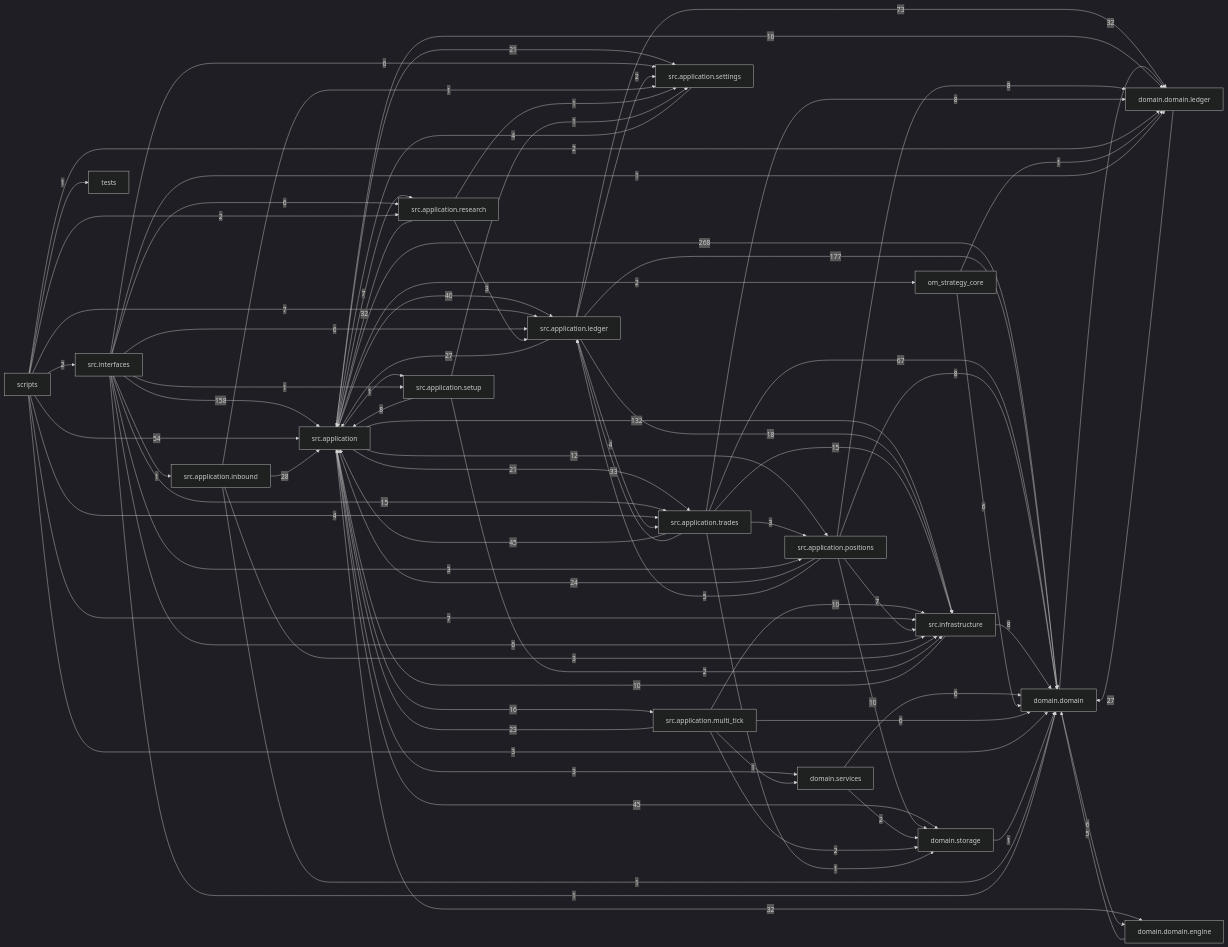
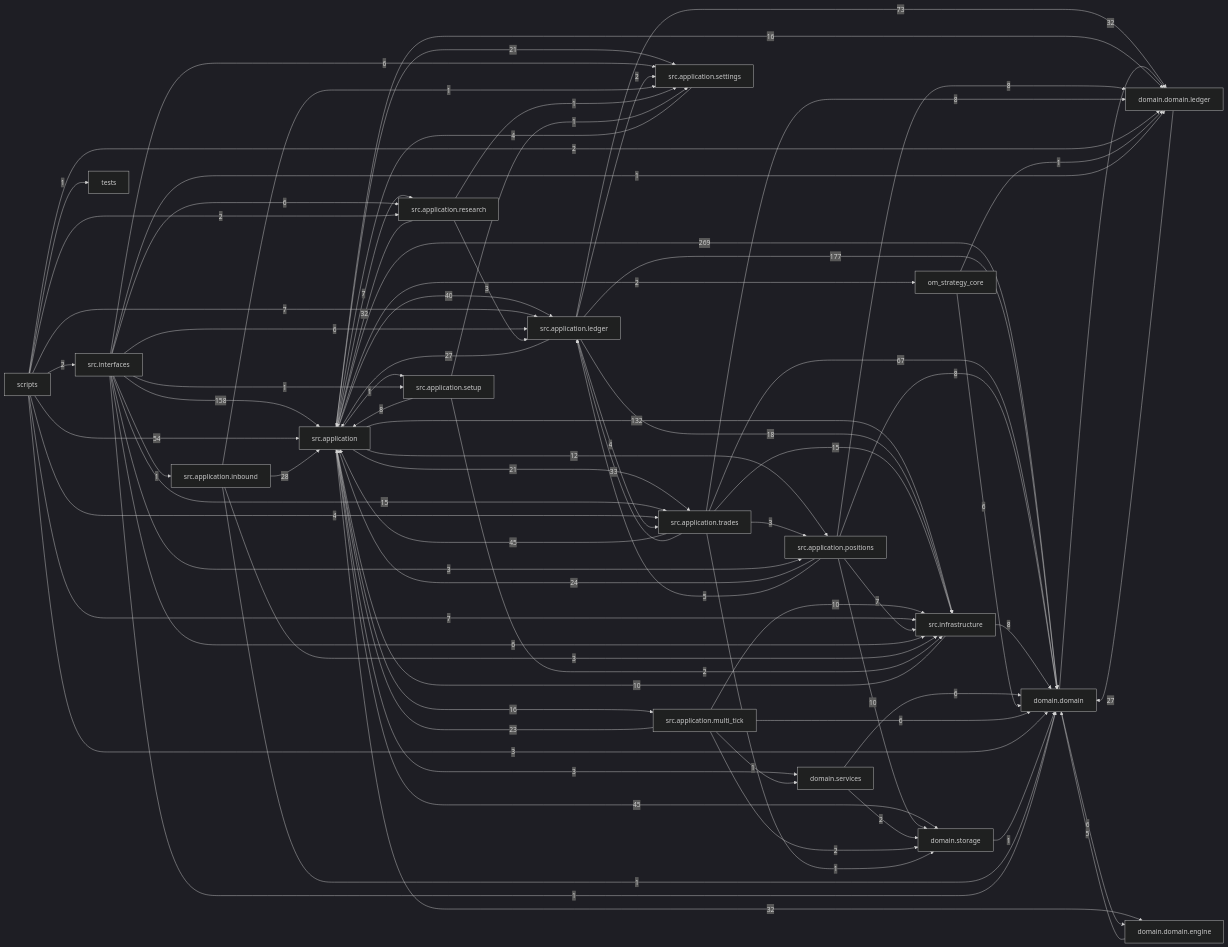
The diagram in docs/dependency_graph.mmd (liuxie066/options-monitor), drawn with Mermaid (dark theme) before and after one commit. The commit also changed 9 other files, not shown here.

```diff
--- a/docs/dependency_graph.mmd
+++ b/docs/dependency_graph.mmd
@@ -1,81 +1,81 @@
 flowchart LR
-  src_application["src.application"] -->|268| domain_domain["domain.domain"]
+  src_application["src.application"] -->|269| domain_domain["domain.domain"]
   src_application_ledger["src.application.ledger"] -->|177| domain_domain["domain.domain"]
   src_interfaces["src.interfaces"] -->|158| src_application["src.application"]
   src_application["src.application"] -->|132| src_infrastructure["src.infrastructure"]
   src_application_ledger["src.application.ledger"] -->|73| domain_domain_ledger["domain.domain.ledger"]
   src_application_trades["src.application.trades"] -->|67| domain_domain["domain.domain"]
   scripts["scripts"] -->|54| src_application["src.application"]
   src_application["src.application"] -->|45| domain_storage["domain.storage"]
   src_application_trades["src.application.trades"] -->|45| src_application["src.application"]
   src_application["src.application"] -->|40| src_application_ledger["src.application.ledger"]
   src_application_trades["src.application.trades"] -->|33| src_application_ledger["src.application.ledger"]
   domain_domain["domain.domain"] -->|32| domain_domain_ledger["domain.domain.ledger"]
   src_application["src.application"] -->|32| domain_domain_engine["domain.domain.engine"]
   src_application_research["src.application.research"] -->|32| src_application["src.application"]
   src_application_inbound["src.application.inbound"] -->|28| src_application["src.application"]
   domain_domain_ledger["domain.domain.ledger"] -->|27| domain_domain["domain.domain"]
   src_application_ledger["src.application.ledger"] -->|27| src_application["src.application"]
   src_application_positions["src.application.positions"] -->|24| src_application["src.application"]
   src_application_multi_tick["src.application.multi_tick"] -->|23| src_application["src.application"]
   src_application["src.application"] -->|21| src_application_settings["src.application.settings"]
   src_application["src.application"] -->|21| src_application_trades["src.application.trades"]
   src_application_ledger["src.application.ledger"] -->|18| src_infrastructure["src.infrastructure"]
   src_application["src.application"] -->|16| domain_domain_ledger["domain.domain.ledger"]
   src_application["src.application"] -->|16| src_application_multi_tick["src.application.multi_tick"]
   src_application_trades["src.application.trades"] -->|15| src_infrastructure["src.infrastructure"]
   src_interfaces["src.interfaces"] -->|15| src_application_trades["src.application.trades"]
   src_application["src.application"] -->|12| src_application_positions["src.application.positions"]
   src_application_multi_tick["src.application.multi_tick"] -->|10| src_infrastructure["src.infrastructure"]
   src_application_positions["src.application.positions"] -->|10| domain_storage["domain.storage"]
   src_infrastructure["src.infrastructure"] -->|10| src_application["src.application"]
   src_application_positions["src.application.positions"] -->|8| domain_domain["domain.domain"]
   src_application_positions["src.application.positions"] -->|8| domain_domain_ledger["domain.domain.ledger"]
   src_application_setup["src.application.setup"] -->|8| src_application["src.application"]
   src_application_trades["src.application.trades"] -->|8| domain_domain_ledger["domain.domain.ledger"]
   src_infrastructure["src.infrastructure"] -->|8| domain_domain["domain.domain"]
   scripts["scripts"] -->|7| src_application_ledger["src.application.ledger"]
   scripts["scripts"] -->|7| src_infrastructure["src.infrastructure"]
   src_application["src.application"] -->|7| src_application_research["src.application.research"]
   src_application_positions["src.application.positions"] -->|7| src_infrastructure["src.infrastructure"]
   domain_domain["domain.domain"] -->|6| domain_domain_engine["domain.domain.engine"]
   domain_services["domain.services"] -->|6| domain_domain["domain.domain"]
   om_strategy_core["om_strategy_core"] -->|6| domain_domain["domain.domain"]
   src_application_multi_tick["src.application.multi_tick"] -->|6| domain_domain["domain.domain"]
   src_interfaces["src.interfaces"] -->|6| src_application_ledger["src.application.ledger"]
   src_interfaces["src.interfaces"] -->|6| src_application_research["src.application.research"]
   src_interfaces["src.interfaces"] -->|6| src_application_settings["src.application.settings"]
   src_interfaces["src.interfaces"] -->|6| src_infrastructure["src.infrastructure"]
   domain_domain_engine["domain.domain.engine"] -->|5| domain_domain["domain.domain"]
   src_application_positions["src.application.positions"] -->|5| src_application_ledger["src.application.ledger"]
   scripts["scripts"] -->|4| src_application_trades["src.application.trades"]
   src_application_ledger["src.application.ledger"] -->|4| src_application_trades["src.application.trades"]
   src_application_settings["src.application.settings"] -->|4| src_application["src.application"]
   scripts["scripts"] -->|3| domain_domain["domain.domain"]
   src_application["src.application"] -->|3| domain_services["domain.services"]
   src_application_inbound["src.application.inbound"] -->|3| src_infrastructure["src.infrastructure"]
   src_application_research["src.application.research"] -->|3| src_application_ledger["src.application.ledger"]
   src_application_trades["src.application.trades"] -->|3| src_application_positions["src.application.positions"]
   src_interfaces["src.interfaces"] -->|3| src_application_positions["src.application.positions"]
   domain_services["domain.services"] -->|2| domain_storage["domain.storage"]
   scripts["scripts"] -->|2| domain_domain_ledger["domain.domain.ledger"]
   scripts["scripts"] -->|2| src_application_research["src.application.research"]
   scripts["scripts"] -->|2| src_interfaces["src.interfaces"]
   src_application["src.application"] -->|2| om_strategy_core["om_strategy_core"]
   src_application_ledger["src.application.ledger"] -->|2| src_application_settings["src.application.settings"]
   src_application_multi_tick["src.application.multi_tick"] -->|2| domain_storage["domain.storage"]
   src_application_setup["src.application.setup"] -->|2| src_infrastructure["src.infrastructure"]
   domain_storage["domain.storage"] -->|1| domain_domain["domain.domain"]
   om_strategy_core["om_strategy_core"] -->|1| domain_domain_ledger["domain.domain.ledger"]
   scripts["scripts"] -->|1| tests["tests"]
   src_application["src.application"] -->|1| src_application_setup["src.application.setup"]
   src_application_inbound["src.application.inbound"] -->|1| domain_domain["domain.domain"]
   src_application_inbound["src.application.inbound"] -->|1| src_application_settings["src.application.settings"]
   src_application_multi_tick["src.application.multi_tick"] -->|1| domain_services["domain.services"]
   src_application_research["src.application.research"] -->|1| src_application_settings["src.application.settings"]
   src_application_setup["src.application.setup"] -->|1| src_application_settings["src.application.settings"]
   src_application_trades["src.application.trades"] -->|1| domain_storage["domain.storage"]
   src_interfaces["src.interfaces"] -->|1| domain_domain["domain.domain"]
   src_interfaces["src.interfaces"] -->|1| domain_domain_ledger["domain.domain.ledger"]
   src_interfaces["src.interfaces"] -->|1| src_application_inbound["src.application.inbound"]
   src_interfaces["src.interfaces"] -->|1| src_application_setup["src.application.setup"]
```
